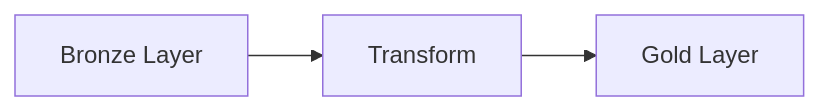
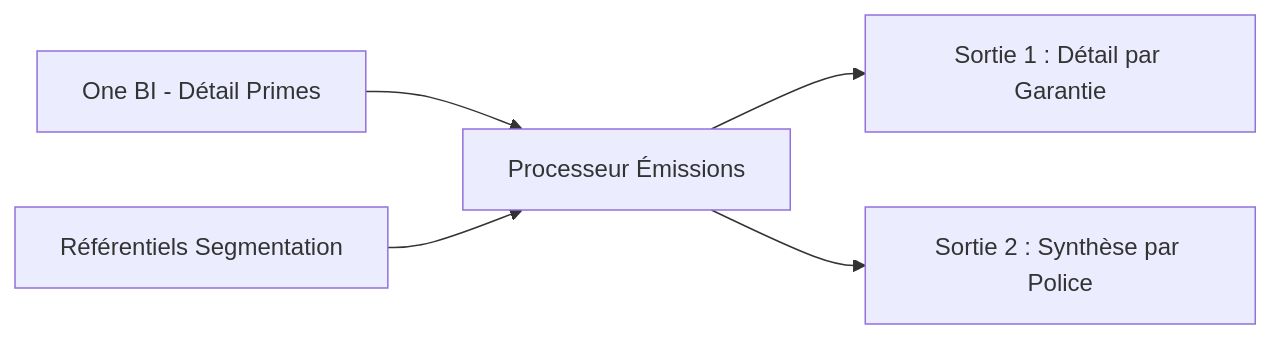
One commit to EngineerProjects/LocalIngest changed the diagram in code/new_python/docs/workflows/Emissions_Workflow.md. Above: the diagram before and after it, drawn with Mermaid. The commit also changed other lines of this file and 19 other files, not shown here.

````diff
--- a/code/new_python/docs/workflows/Emissions_Workflow.md
+++ b/code/new_python/docs/workflows/Emissions_Workflow.md
@@ -14,5 +15,8 @@
 ```mermaid
 graph LR
-    Bronze[Bronze Layer] --> Transform[Transform]
-    Transform --> Gold[Gold Layer]
+    ONEBI[One BI - Détail Primes] --> PROC[Processeur Émissions]
+    REF[Référentiels Segmentation] --> PROC
+    
+    PROC --> GOLD1[Sortie 1 : Détail par Garantie]
+    PROC --> GOLD2[Sortie 2 : Synthèse par Police]
 ```
````
